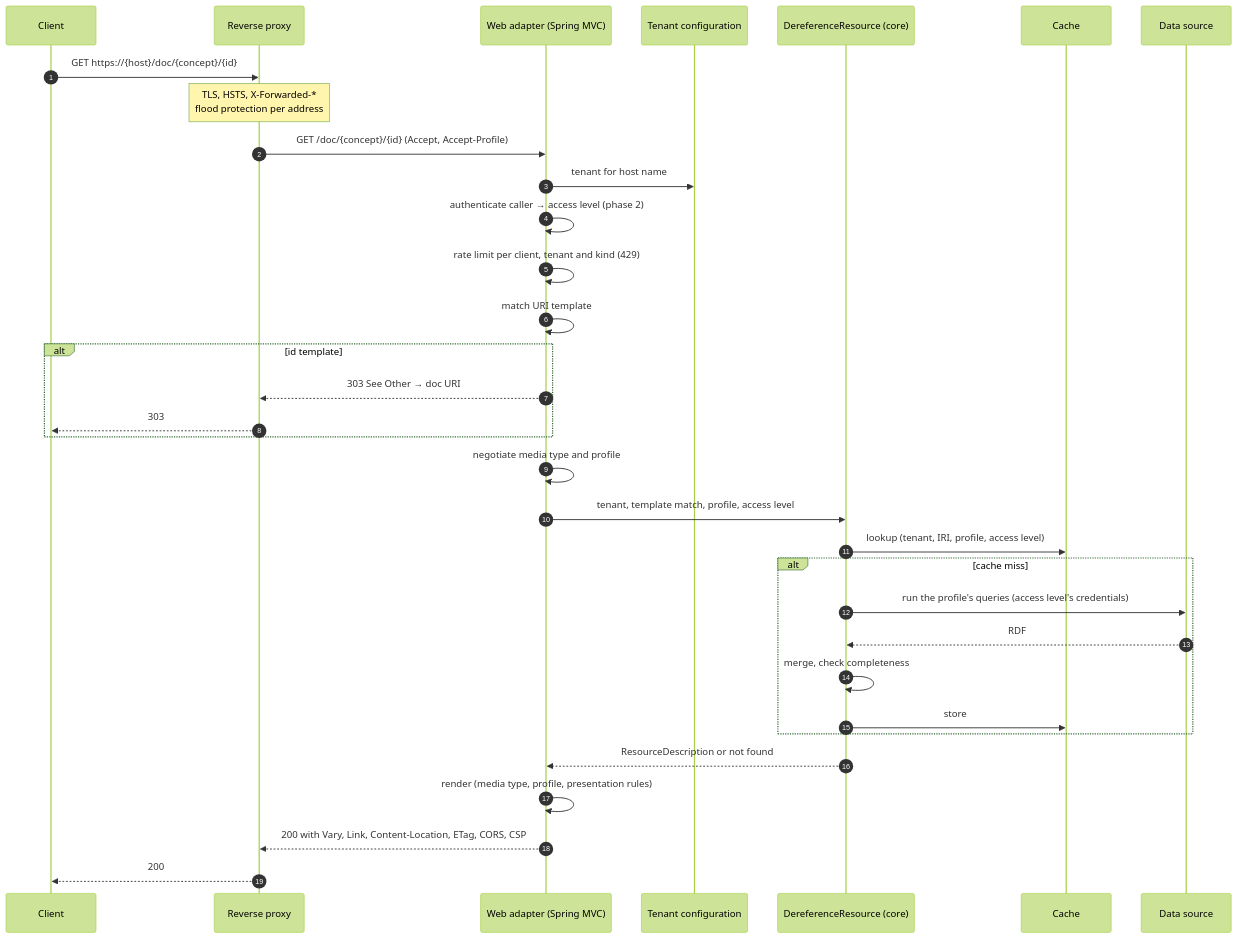
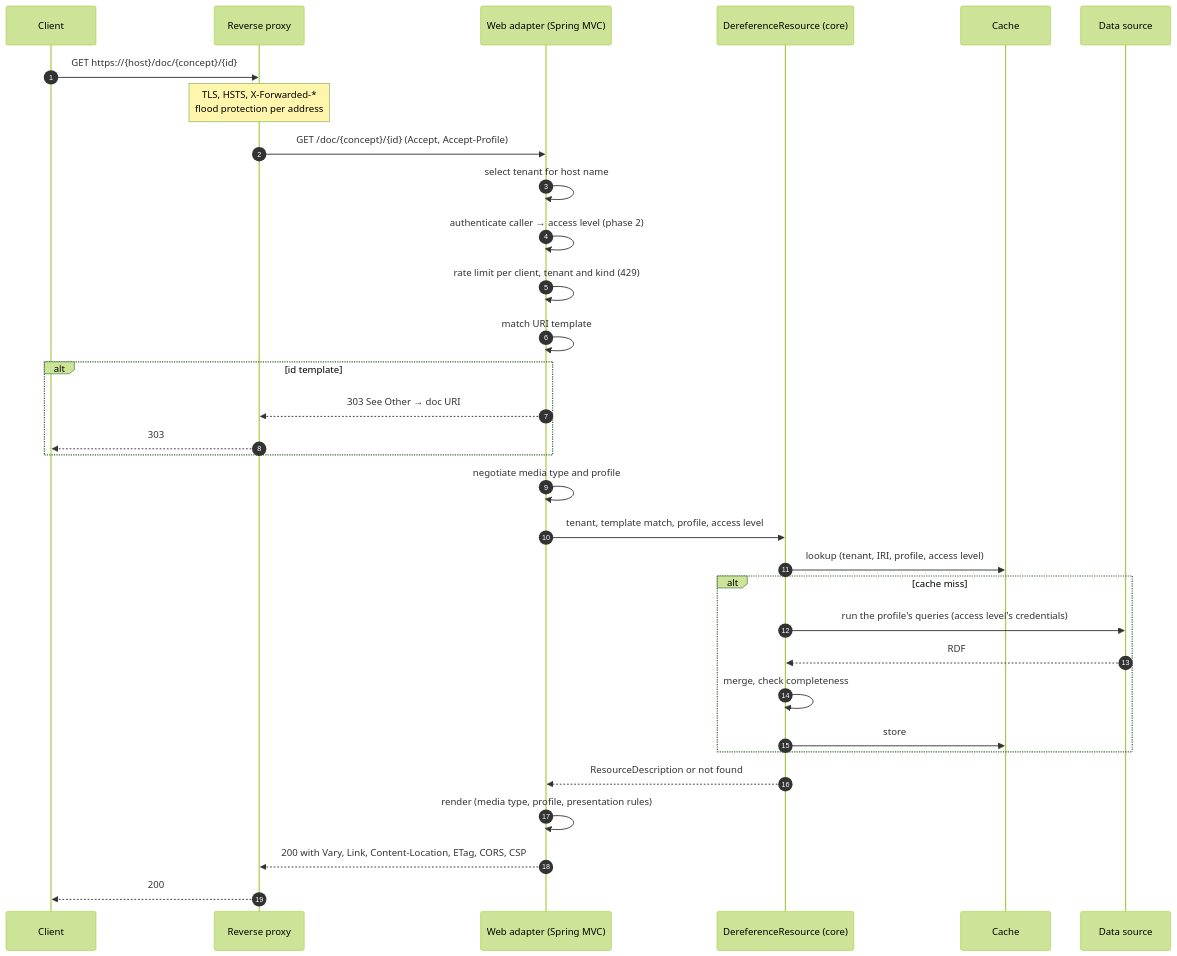
The diagram in docs/analysis/05-architecture/request-flow.md (milieuinfo/SPieGeL), drawn with Mermaid (forest theme) before and after one commit. The commit also changed other lines of this file and 13 other files, not shown here.

````diff
--- a/docs/analysis/05-architecture/request-flow.md
+++ b/docs/analysis/05-architecture/request-flow.md
@@ -17,35 +17,34 @@
 ```mermaid
 sequenceDiagram
     autonumber
     participant C as Client
     participant P as Reverse proxy
     participant W as Web adapter (Spring MVC)
-    participant T as Tenant configuration
     participant U as DereferenceResource (core)
     participant K as Cache
     participant D as Data source
     C->>P: GET https://{host}/doc/{concept}/{id}
     Note over P: TLS, HSTS, X-Forwarded-*<br/>flood protection per address
     P->>W: GET /doc/{concept}/{id} (Accept, Accept-Profile)
-    W->>T: tenant for host name
+    W->>W: select tenant for host name
     W->>W: authenticate caller → access level (phase 2)
     W->>W: rate limit per client, tenant and kind (429)
     W->>W: match URI template
     alt id template
         W-->>P: 303 See Other → doc URI
         P-->>C: 303
     end
     W->>W: negotiate media type and profile
     W->>U: tenant, template match, profile, access level
     U->>K: lookup (tenant, IRI, profile, access level)
     alt cache miss
         U->>D: run the profile's queries (access level's credentials)
         D-->>U: RDF
         U->>U: merge, check completeness
         U->>K: store
     end
     U-->>W: ResourceDescription or not found
     W->>W: render (media type, profile, presentation rules)
     W-->>P: 200 with Vary, Link, Content-Location, ETag, CORS, CSP
     P-->>C: 200
 ```
````
